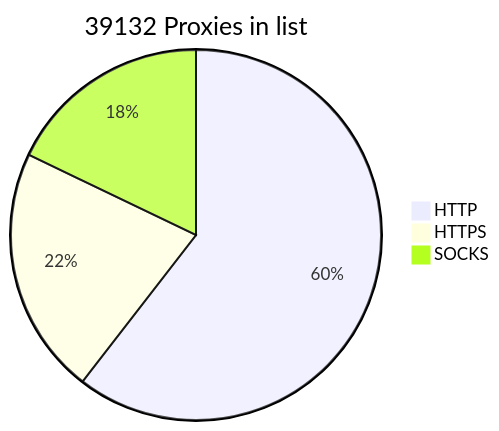
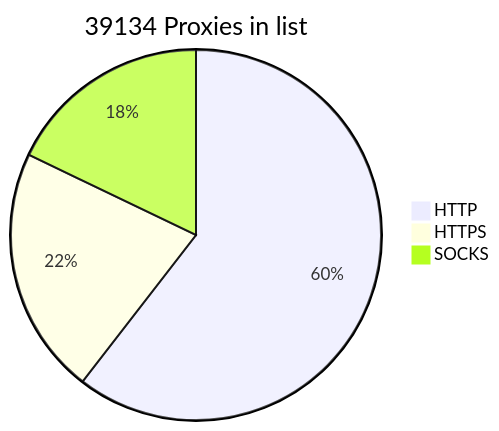
Before and after one commit to BlackSnowDot/proxylist-update-every-minute: the diagram in README.md, drawn with Mermaid. The commit also changed other lines of this file, not shown here.

````diff
--- a/README.md
+++ b/README.md
@@ -2,6 +2,6 @@
 ```mermaid
-pie title 39132 Proxies in list
+pie title 39134 Proxies in list
     "HTTP" : 27673
-    "HTTPS": 9899
+    "HTTPS": 9901
     "SOCKS" : 8179
 ```
````
